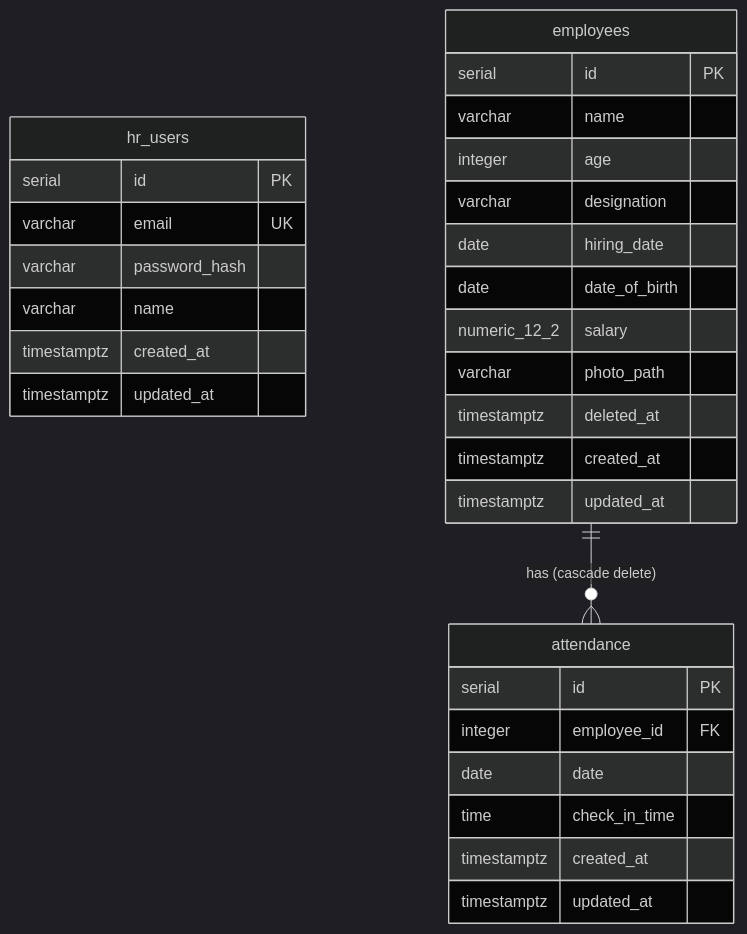
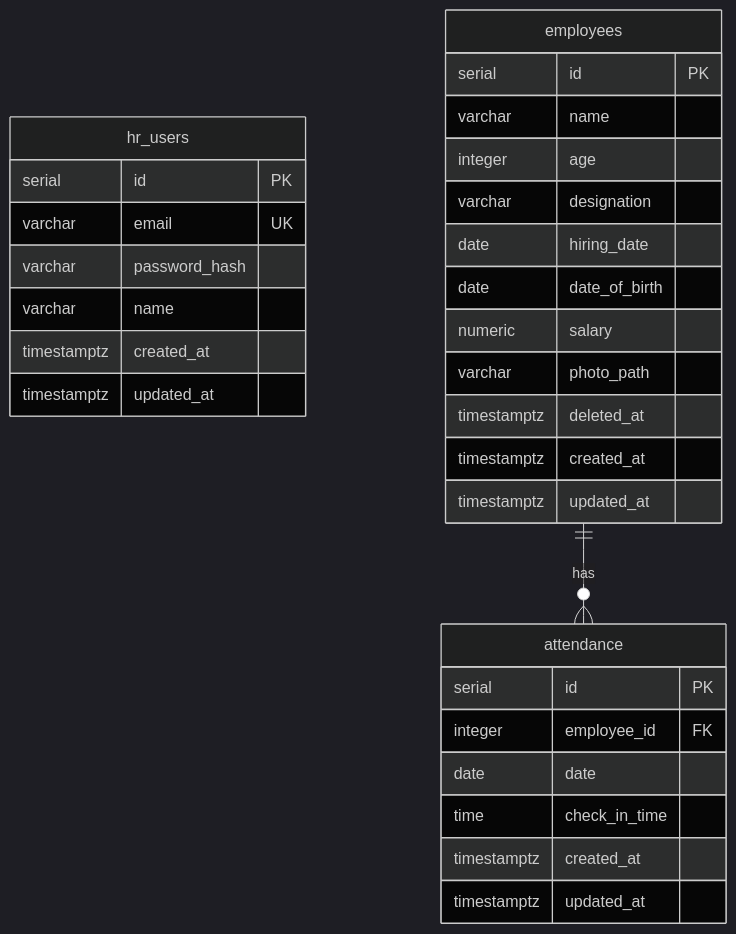
One commit to jewel80/hr-management-api changed the second of 3 diagrams in README.md. Above: the diagram before and after it, drawn with Mermaid (dark theme). The commit also changed other lines of this file, not shown here.

````diff
--- a/README.md
+++ b/README.md
@@ -101,33 +102,33 @@
 ```mermaid
 erDiagram
     hr_users {
         serial id PK
         varchar email UK
         varchar password_hash
         varchar name
         timestamptz created_at
         timestamptz updated_at
     }
     employees {
         serial id PK
         varchar name
         integer age
         varchar designation
         date hiring_date
         date date_of_birth
-        numeric_12_2 salary
+        numeric salary
         varchar photo_path
         timestamptz deleted_at
         timestamptz created_at
         timestamptz updated_at
     }
     attendance {
         serial id PK
         integer employee_id FK
         date date
         time check_in_time
         timestamptz created_at
         timestamptz updated_at
     }
-    employees ||--o{ attendance : "has (cascade delete)"
+    employees ||--o{ attendance : has
 ```
````
